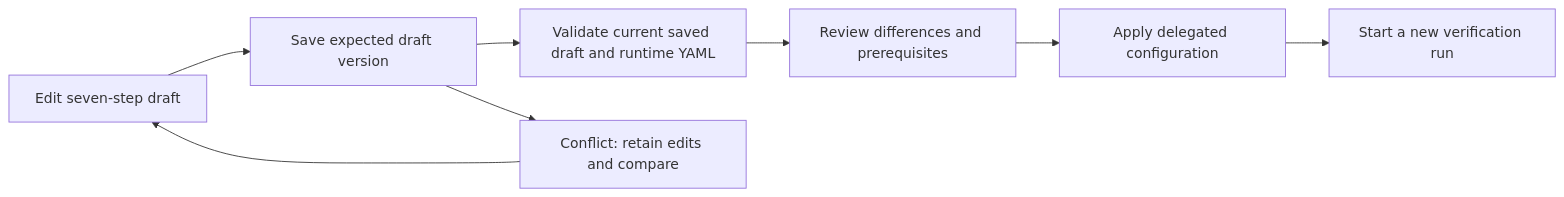
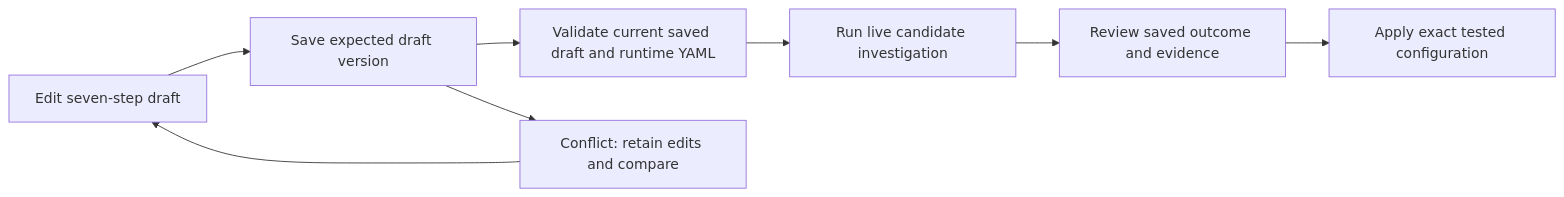
Before and after one commit to BharathKumarAI/RCA-Analyzer: the second of 3 diagrams in docs/project.md, drawn with Mermaid. The commit also changed other lines of this file and 210 other files, not shown here.

````diff
--- a/docs/project.md
+++ b/docs/project.md
@@ -236,17 +247,17 @@
 ```mermaid
 flowchart LR
   E[Edit seven-step draft] --> S[Save expected draft version]
   S --> V[Validate current saved draft and runtime YAML]
-  V --> R[Review differences and prerequisites]
-  R --> A[Apply delegated configuration]
-  A --> N[Start a new verification run]
+  V --> R[Run live candidate investigation]
+  R --> N[Review saved outcome and evidence]
+  N --> A[Apply exact tested configuration]
   S --> C[Conflict: retain edits and compare]
   C --> E
   click E "project.md#seven-step-project-setup" "Setup fields"
   click S "data-model.md#configuration-records" "Draft/configuration records"
   click V "configuration.md#workflow-change-a-scoped-parameter" "Scope and validation"
   click R "connectors.md#save-test-and-enable-flow" "Connector prerequisites"
   click A "configuration.md#sources-of-truth" "Effective configuration"
   click N "architecture.md#detailed-execution-walkthrough" "Verification run"
   click C "security.md#independent-review-and-stale-writes" "Concurrency controls"
 ```
````
